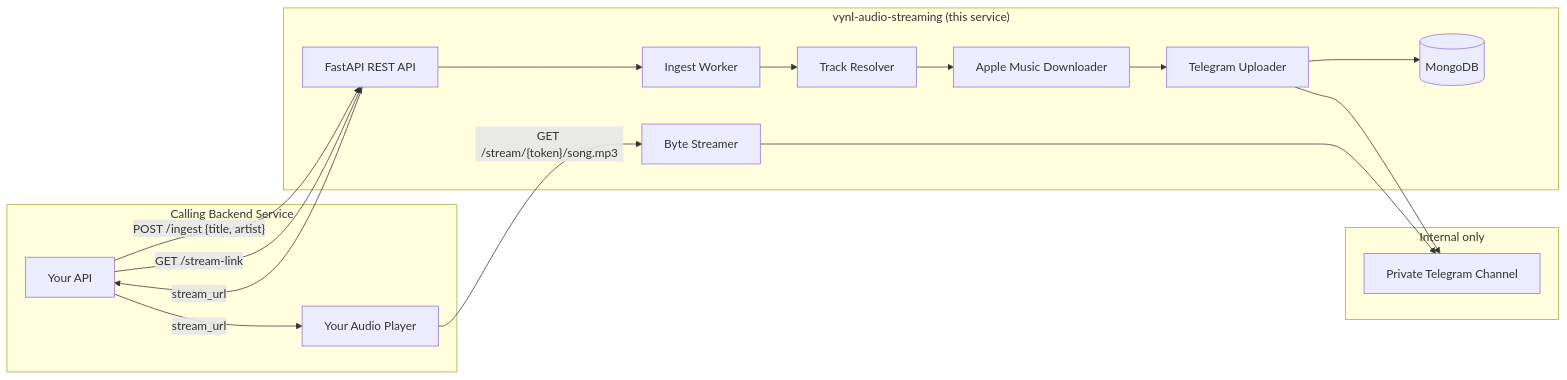
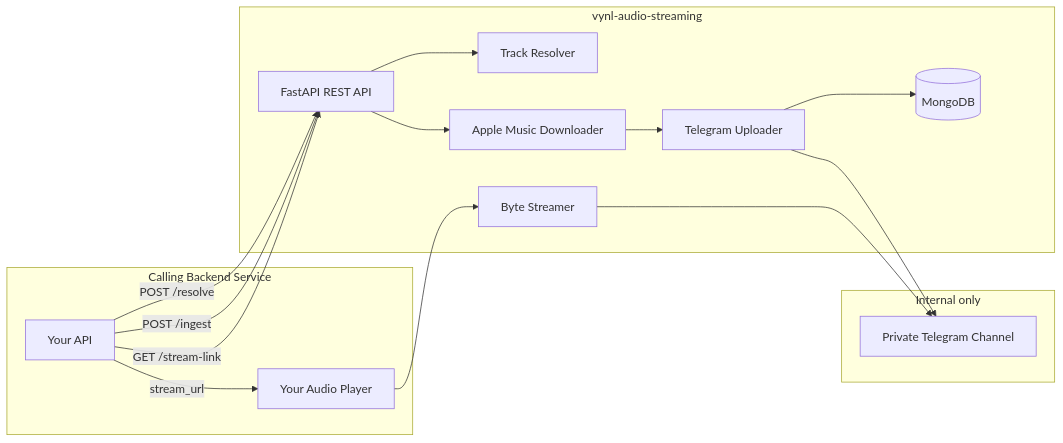
The second of 2 diagrams in PLAN.md (maharsh-tech/vynl-streaming), drawn with Mermaid before and after one commit. The commit also changed other lines of this file and 1 other file, not shown here.

````diff
--- a/PLAN.md
+++ b/PLAN.md
@@ -51,31 +82,29 @@
 ```mermaid
 flowchart LR
     subgraph CallingService["Calling Backend Service"]
         CB[Your API]
         PL[Your Audio Player]
     end
 
-    subgraph VYNL["vynl-audio-streaming (this service)"]
+    subgraph VYNL["vynl-audio-streaming"]
         API[FastAPI REST API]
         RES[Track Resolver]
-        ING[Ingest Worker]
         DL[Apple Music Downloader]
         TG[Telegram Uploader]
         STR[Byte Streamer]
         DB[(MongoDB)]
     end
 
     subgraph Internal["Internal only"]
         CH[Private Telegram Channel]
     end
 
-    CB -->|"POST /ingest {title, artist}"| API
+    CB -->|"POST /resolve"| API
+    CB -->|"POST /ingest"| API
     CB -->|"GET /stream-link"| API
-    API -->|stream_url| CB
+    API --> RES
+    API --> DL --> TG --> CH
+    TG --> DB
     CB -->|stream_url| PL
-    PL -->|"GET /stream/{token}/song.mp3"| STR
-
-    API --> ING --> RES --> DL --> TG --> CH
-    TG --> DB
-    STR --> CH
+    PL --> STR --> CH
 ```
````
